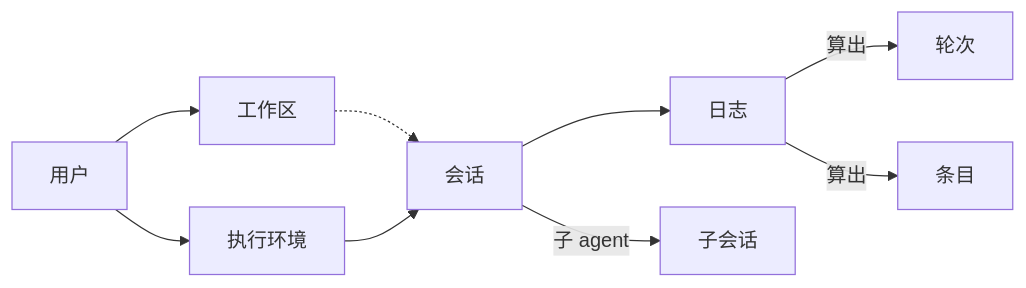
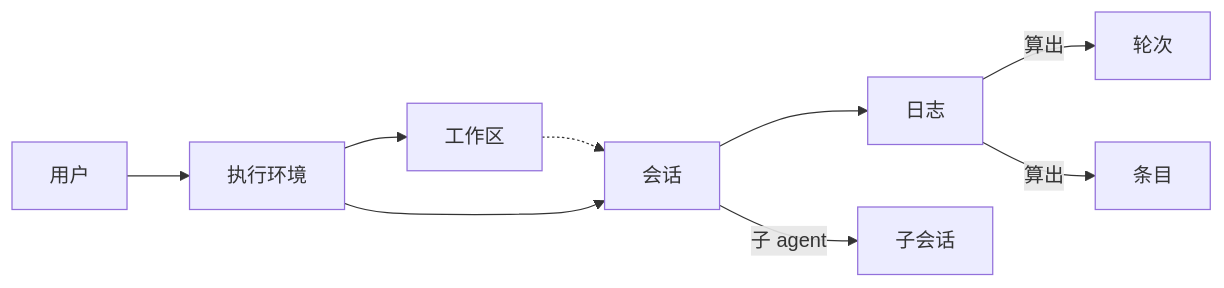
One commit to 0xfakeSpike/ollupi-docs changed the diagram in docs/zh/intro/concepts.md. Above: the diagram before and after it, drawn with Mermaid. The commit also changed other lines of this file and 35 other files, not shown here.

````diff
--- a/docs/zh/intro/concepts.md
+++ b/docs/zh/intro/concepts.md
@@ -5,11 +5,11 @@
 ```mermaid
 flowchart LR
-  U["用户"] --> W["工作区"]
-  U --> E["执行环境"]
+  U["用户"] --> E["执行环境"]
+  E --> W["工作区"]
   W -.-> T["会话"]
   E --> T
   T --> L["日志"]
   L -- "算出" --> R["轮次"]
   L -- "算出" --> I["条目"]
   T -- "子 agent" --> C["子会话"]
 ```
````
